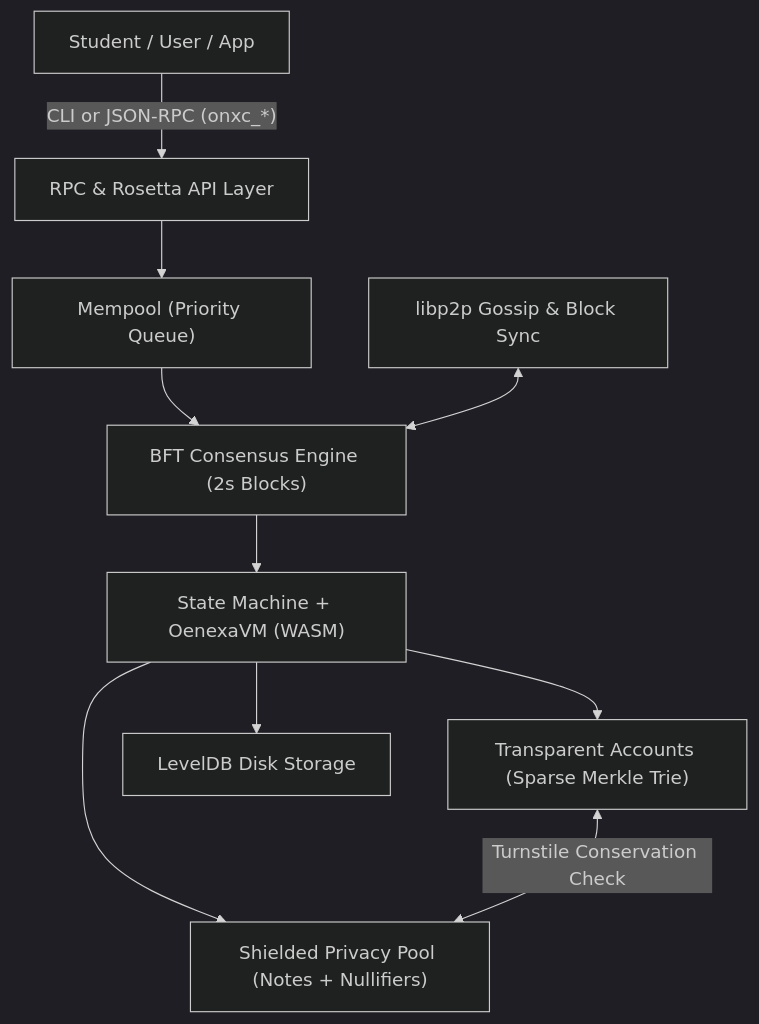
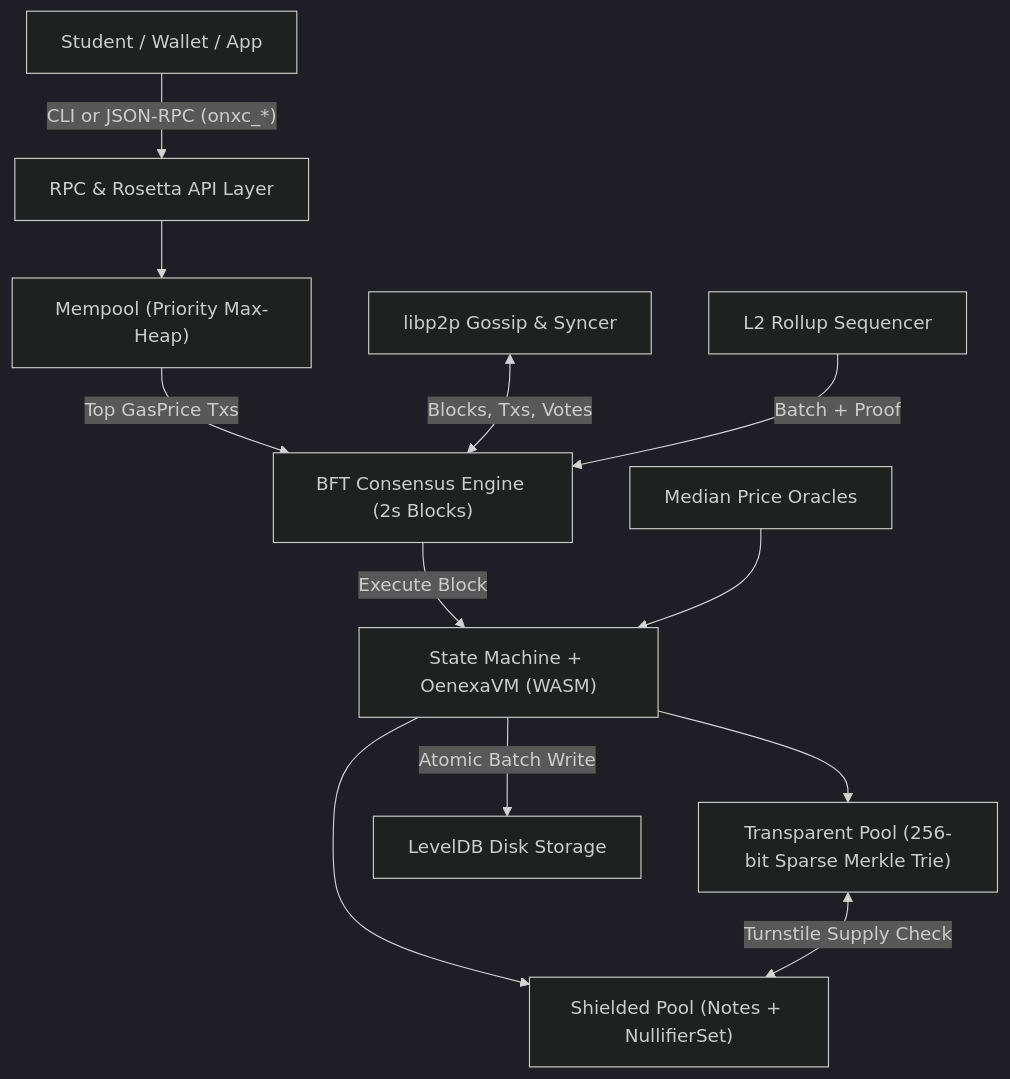
The diagram in README.md (oenexa/oenexa-docs), drawn with Mermaid (dark theme) before and after one commit. The commit also changed other lines of this file and 21 other files, not shown here.

Commit message:
feat(docs): expand beginner curriculum with worked examples, visual diagrams, and interactive Visual Learning Studio

````diff
--- a/README.md
+++ b/README.md
@@ -65,12 +78,14 @@
 ```mermaid
 flowchart TB
-    User["Student / User / App"] -->|"CLI or JSON-RPC (onxc_*)"| RPC["RPC & Rosetta API Layer"]
-    RPC --> Mempool["Mempool (Priority Queue)"]
-    Mempool --> Consensus["BFT Consensus Engine (2s Blocks)"]
-    P2P["libp2p Gossip & Block Sync"] <--> Consensus
-    Consensus --> State["State Machine + OenexaVM (WASM)"]
-    State --> Transparent["Transparent Accounts (Sparse Merkle Trie)"]
-    State --> Shielded["Shielded Privacy Pool (Notes + Nullifiers)"]
-    Transparent <-->|"Turnstile Conservation Check"| Shielded
-    State --> Storage["LevelDB Disk Storage"]
+    User["Student / Wallet / App"] -->|"CLI or JSON-RPC (onxc_*)"| RPC["RPC & Rosetta API Layer"]
+    RPC --> Mempool["Mempool (Priority Max-Heap)"]
+    Mempool -->|"Top GasPrice Txs"| Consensus["BFT Consensus Engine (2s Blocks)"]
+    P2P["libp2p Gossip & Syncer"] <-->|"Blocks, Txs, Votes"| Consensus
+    Consensus -->|"Execute Block"| State["State Machine + OenexaVM (WASM)"]
+    State --> Transparent["Transparent Pool (256-bit Sparse Merkle Trie)"]
+    State --> Shielded["Shielded Pool (Notes + NullifierSet)"]
+    Transparent <-->|"Turnstile Supply Check"| Shielded
+    State -->|"Atomic Batch Write"| Storage["LevelDB Disk Storage"]
+    Oracle["Median Price Oracles"] --> State
+    Rollup["L2 Rollup Sequencer"] -->|"Batch + Proof"| Consensus
 ```
````
